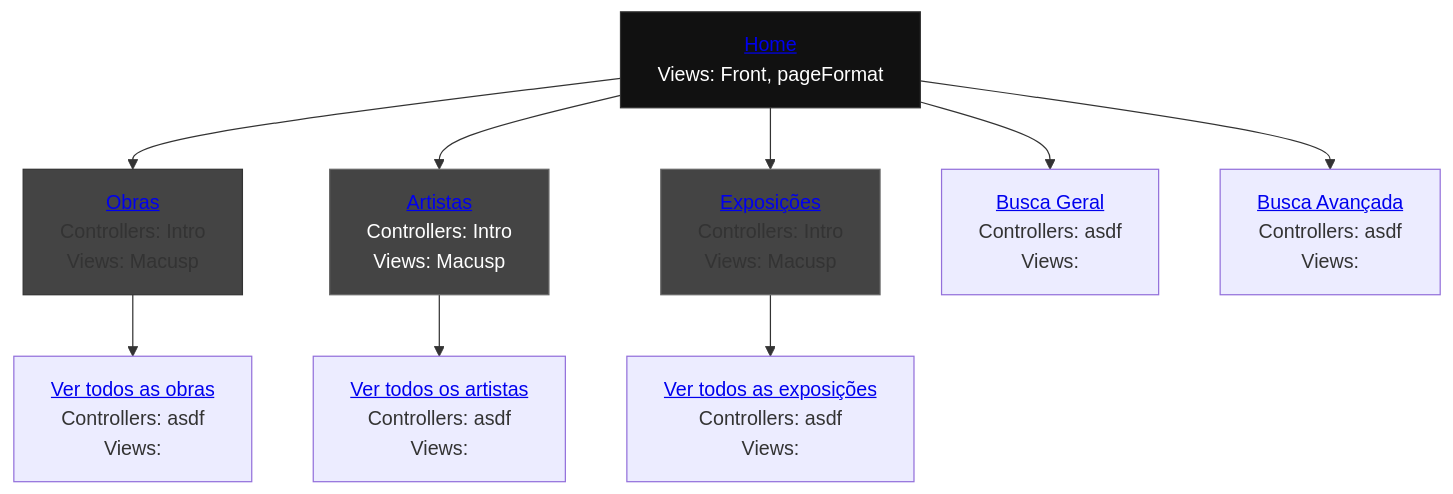
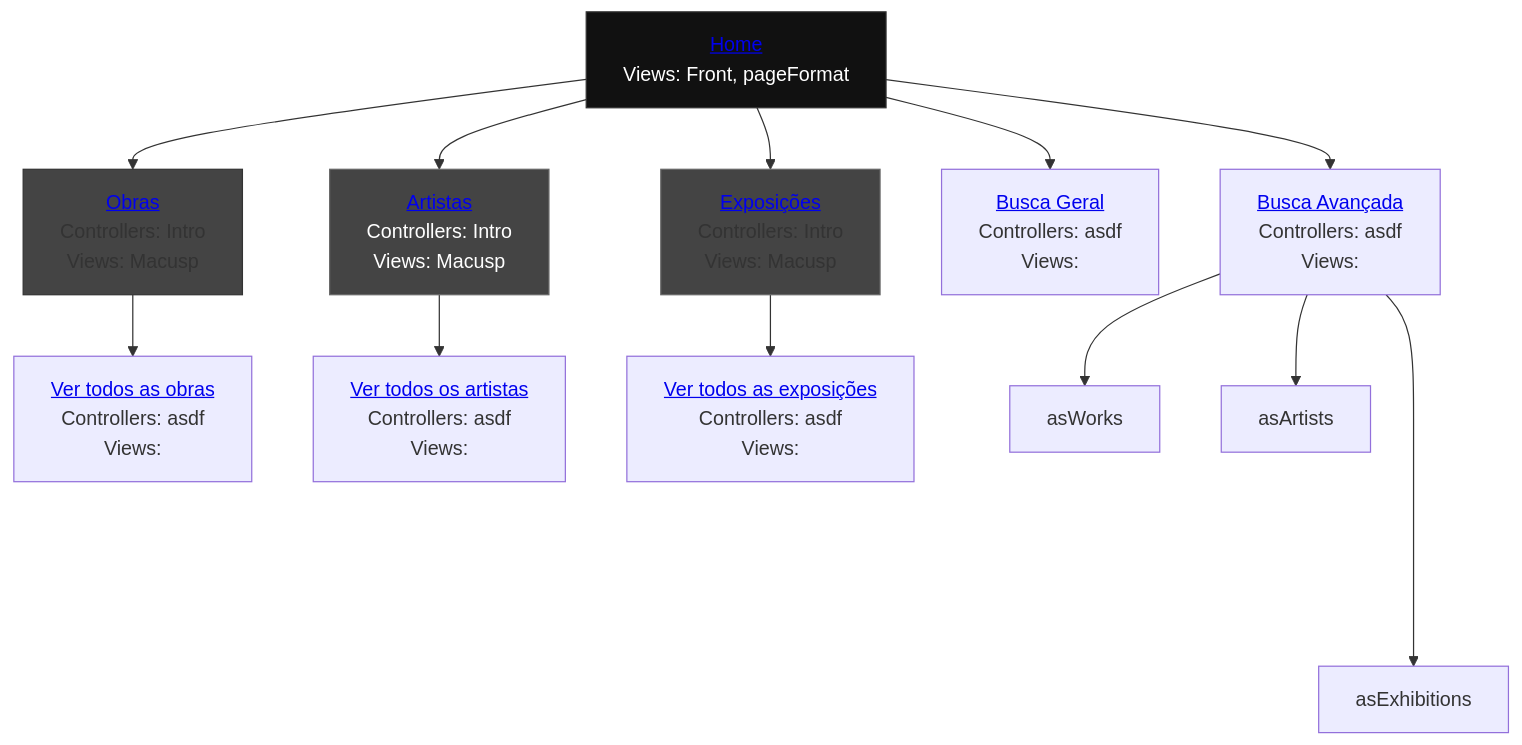
Before and after one commit to reynaldocv/macusp: the diagram in README.md, drawn with Mermaid.

````diff
--- a/README.md
+++ b/README.md
@@ -245,29 +245,33 @@
 ```mermaid
 graph TD
     %% Parte superior e inferior del primer puesto
     home["           <a href='http://143.107.130.173/admacervo/macusp/index.php'> Home </a> <br> Views: Front, pageFormat"]
     works["          <a href='http://143.107.130.173/admacervo/macusp/index.php/Intro/works'>Obras</a>      <br> Controllers: Intro <br> Views: Macusp"]
     artists["        <a href='http://143.107.130.173/admacervo/macusp/index.php/Intro/artists'>Artistas</a>  <br> Controllers: Intro <br> Views: Macusp"]
     exhibitions["    <a href='http://143.107.130.173/admacervo/macusp/index.php/Intro/exhibitions'>Exposições</a> <br> Controllers: Intro <br> Views: Macusp"]
     search["         <a href='https://link.com'> Busca Geral </a> <br>  Controllers: asdf <br>  Views: "]
     advancedSearch[" <a href='https://link.com'> Busca Avançada</a> <br>  Controllers: </strong> asdf <br>  Views: "]
     viewWorks[" <a href='https://link.com'> Ver todos as obras</a> <br>  Controllers: </strong> asdf <br>  Views: "]
     viewArtists[" <a href='https://link.com'> Ver todos os artistas</a> <br>  Controllers: </strong> asdf <br>  Views: "]
     viewExhibitions[" <a href='https://link.com'> Ver todos as exposições</a> <br>  Controllers: </strong> asdf <br>  Views: "]
     
     %% Conexión del organigrama (une la parte inferior de uno con la superior del otro)
     home --> works
     home --> artists
     home --> exhibitions
     home --> search
     home --> advancedSearch
     works --> viewWorks
     artists --> viewArtists    
     exhibitions --> viewExhibitions
+    advancedSearch --> asWorks
+    advancedSearch --> asArtists
+    advancedSearch -----> asExhibitions
+
 
     %% Estilos para que parezcan una sola pieza
     style home fill:#111,stroke:#333,color:#fff
     style works fill:#444,stroke:#333
     style artists fill:#444,stroke:#666,color:#fff
     style exhibitions fill:#444,stroke:#666
 ```
````
